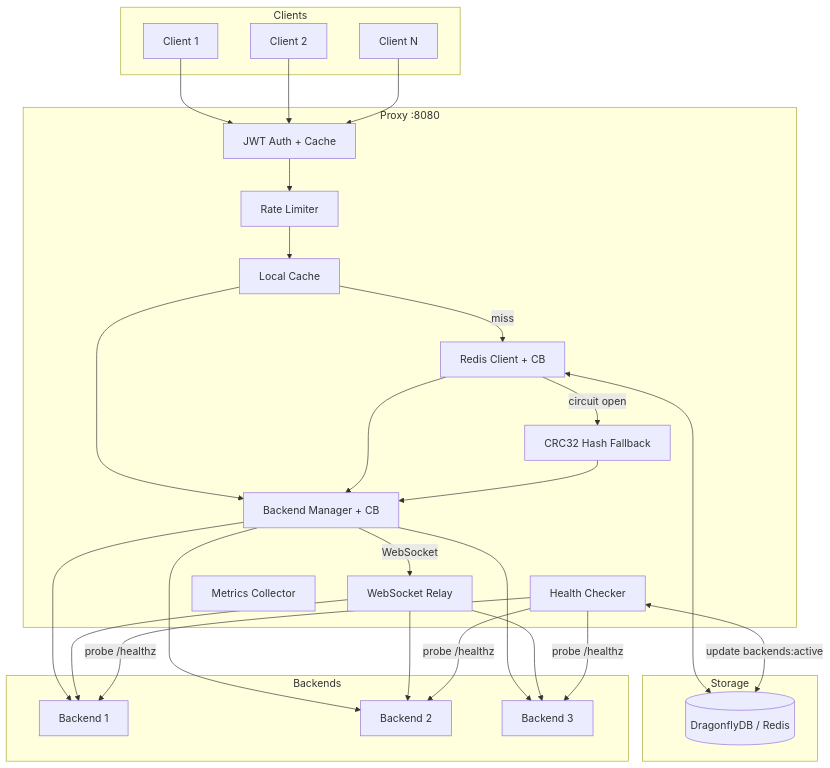
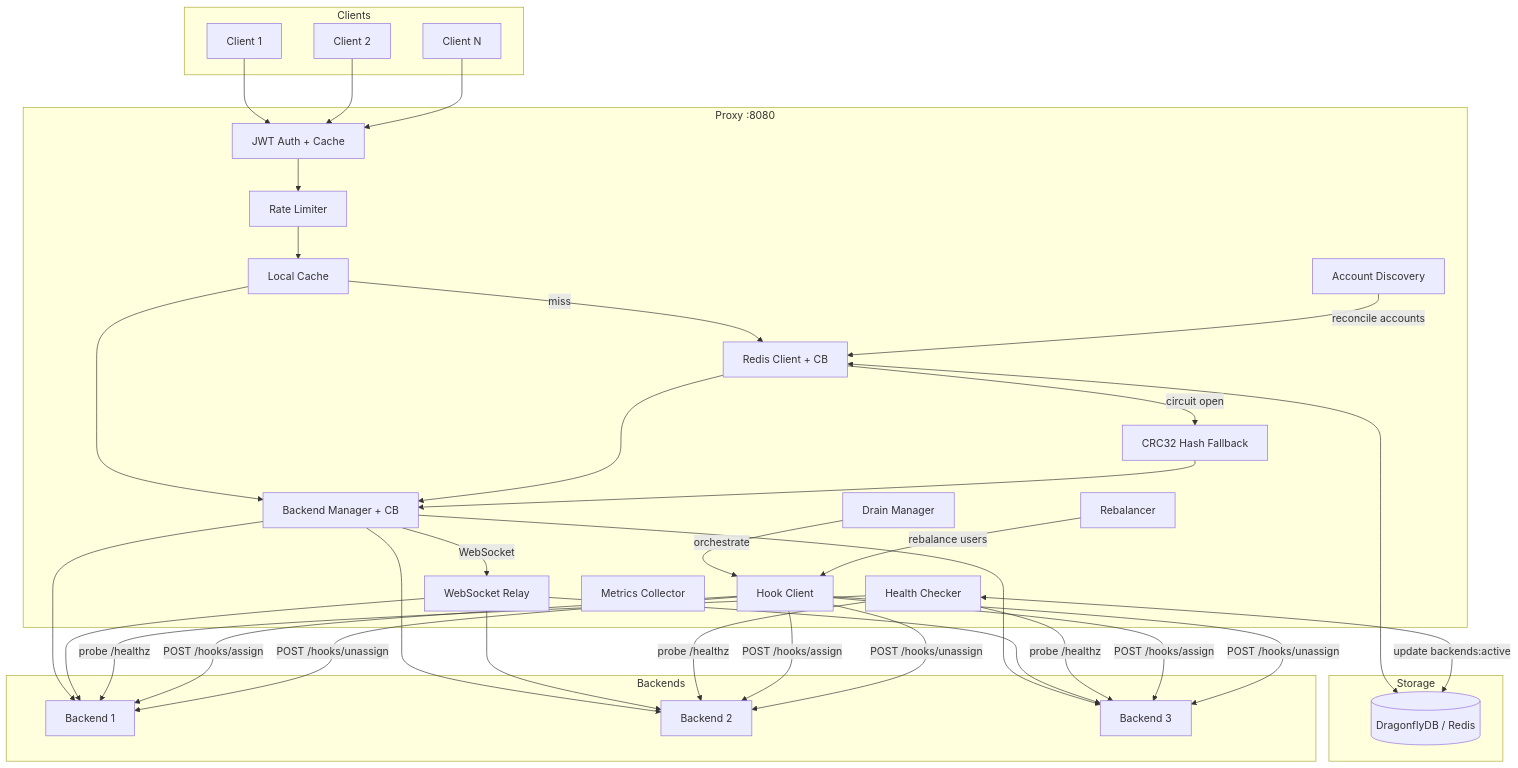
The second of 10 diagrams in README.md (awesome-net-dev/sticky-proxy), drawn with Mermaid before and after one commit. The commit also changed other lines of this file, not shown here.

````diff
--- a/README.md
+++ b/README.md
@@ -39,43 +47,52 @@
 ```mermaid
 graph TB
     subgraph Clients
         C1[Client 1]
         C2[Client 2]
         C3[Client N]
     end
 
     subgraph Proxy["Proxy :8080"]
         JWT[JWT Auth + Cache]
         RL[Rate Limiter]
         LC[Local Cache]
         RD[Redis Client + CB]
         HF[CRC32 Hash Fallback]
         BM[Backend Manager + CB]
         WS[WebSocket Relay]
         HC[Health Checker]
+        HK[Hook Client]
+        DR[Drain Manager]
+        DISC[Account Discovery]
+        RB[Rebalancer]
         MET[Metrics Collector]
     end
 
     subgraph Storage
         Redis[(DragonflyDB / Redis)]
     end
 
     subgraph Backends
         B1[Backend 1]
         B2[Backend 2]
         B3[Backend 3]
     end
 
     C1 & C2 & C3 --> JWT
     JWT --> RL
     RL --> LC
     LC -->|miss| RD
     RD -->|circuit open| HF
     RD <--> Redis
     LC & RD & HF --> BM
     BM --> B1 & B2 & B3
     BM -->|WebSocket| WS
     WS --> B1 & B2 & B3
     HC -->|probe /healthz| B1 & B2 & B3
     HC <-->|update backends:active| Redis
+    HK -->|POST /hooks/assign| B1 & B2 & B3
+    HK -->|POST /hooks/unassign| B1 & B2 & B3
+    DR -->|orchestrate| HK
+    DISC -->|reconcile accounts| RD
+    RB -->|rebalance users| HK
 ```
````
